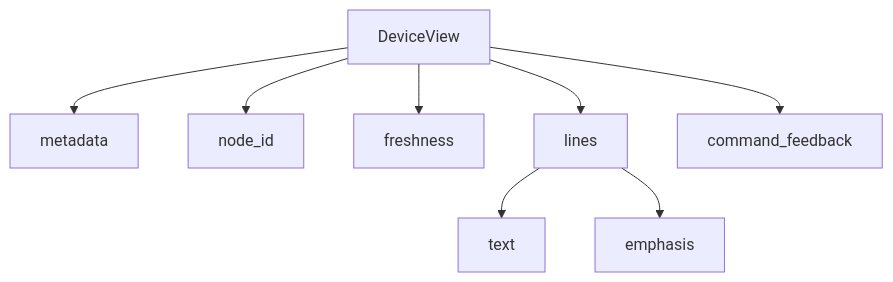
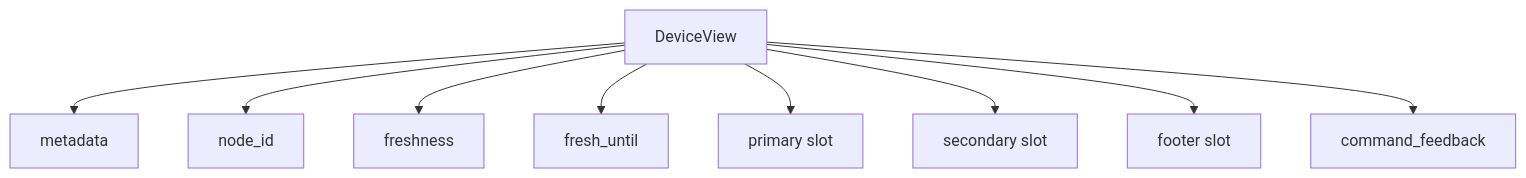
One commit to leowzz/orbit changed the second of 4 diagrams in docs/design.md. Above: the diagram before and after it, drawn with Mermaid. The commit also changed other lines of this file and 7 other files, not shown here.

````diff
--- a/docs/design.md
+++ b/docs/design.md
@@ -243,19 +242,21 @@
 ```mermaid
 flowchart TD
     View[DeviceView]
     Metadata[metadata]
     NodeID[node_id]
     Freshness[freshness]
-    Lines[lines]
-    Text[text]
-    Emphasis[emphasis]
+    FreshUntil[fresh_until]
+    Primary[primary slot]
+    Secondary[secondary slot]
+    Footer[footer slot]
     Feedback[command_feedback]
 
     View --> Metadata
     View --> NodeID
     View --> Freshness
-    View --> Lines
-    Lines --> Text
-    Lines --> Emphasis
+    View --> FreshUntil
+    View --> Primary
+    View --> Secondary
+    View --> Footer
     View --> Feedback
 ```
````
